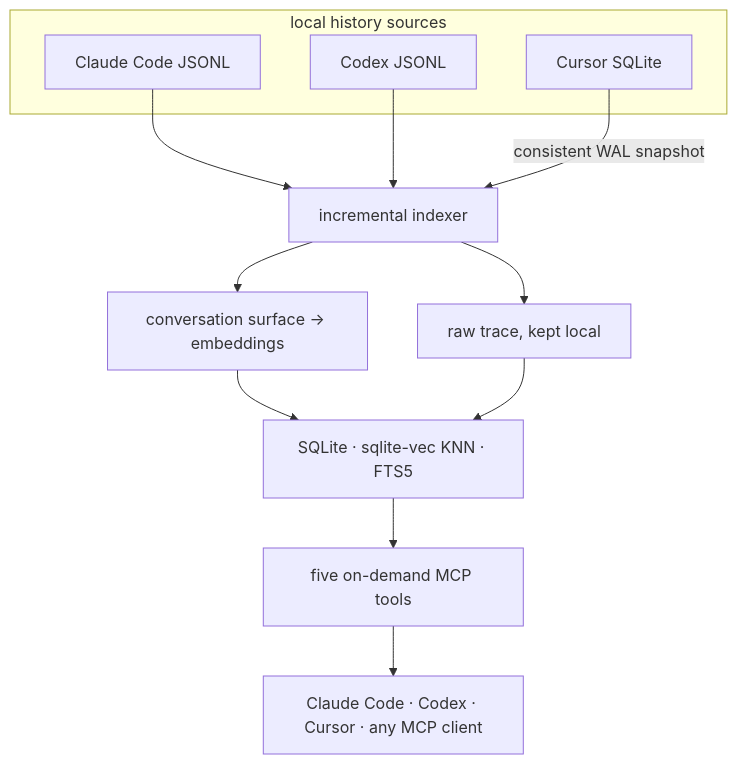
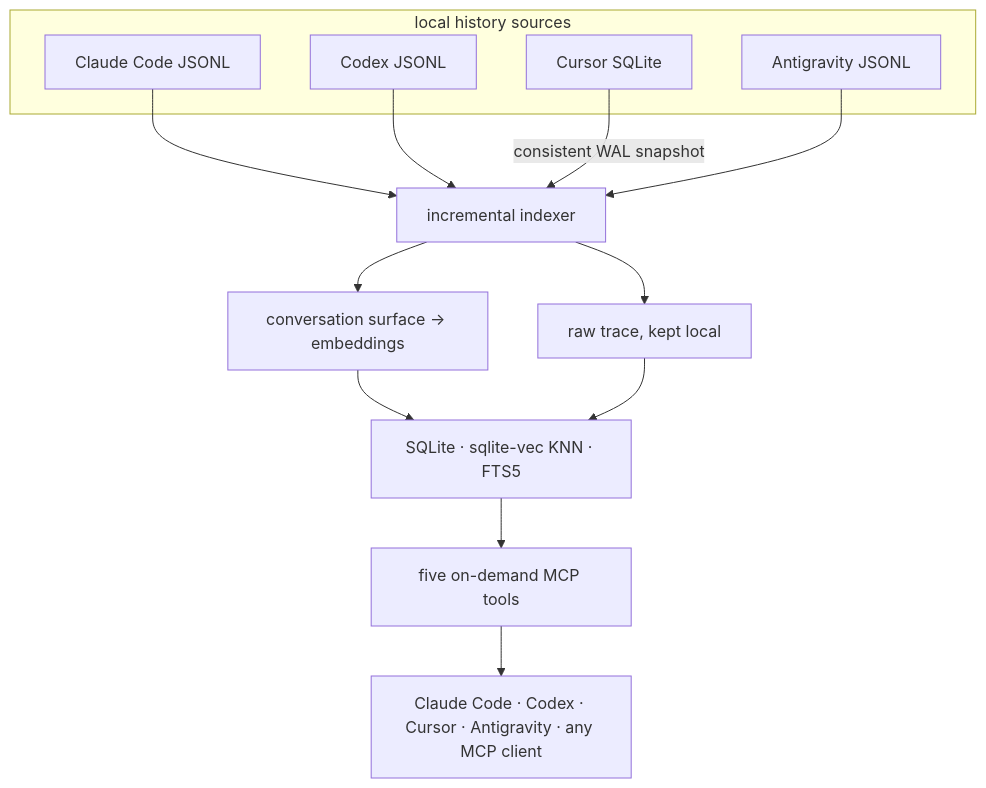
Before and after one commit to AbsoluteMode/session-recall: the second of 2 diagrams in README.es-ES.md, drawn with Mermaid. The commit also changed other lines of this file and 47 other files, not shown here.

````diff
--- a/README.es-ES.md
+++ b/README.es-ES.md
@@ -251,18 +268,20 @@
 ```mermaid
 flowchart TB
     subgraph Sources["local history sources"]
       CC["Claude Code JSONL"]
       CX["Codex JSONL"]
       CU["Cursor SQLite"]
+      AG["Antigravity JSONL"]
     end
 
     CC --> I["incremental indexer"]
     CX --> I
     CU -->|"consistent WAL snapshot"| I
+    AG --> I
     I --> V["conversation surface → embeddings"]
     I --> R["raw trace, kept local"]
     V --> DB["SQLite · sqlite-vec KNN · FTS5"]
     R --> DB
     DB --> MCP["five on-demand MCP tools"]
-    MCP --> A["Claude Code · Codex · Cursor · any MCP client"]
+    MCP --> A["Claude Code · Codex · Cursor · Antigravity · any MCP client"]
 ```
````
